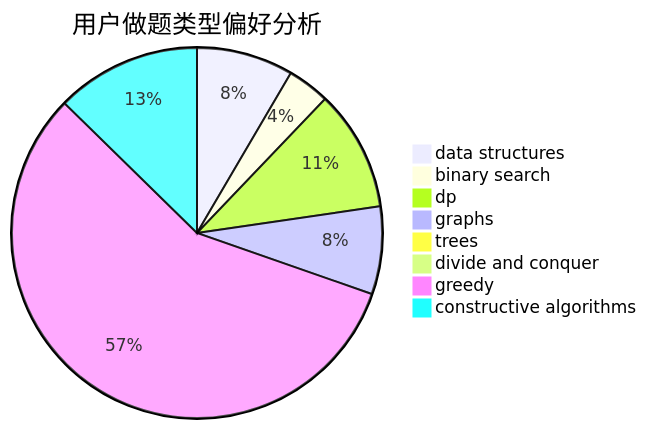
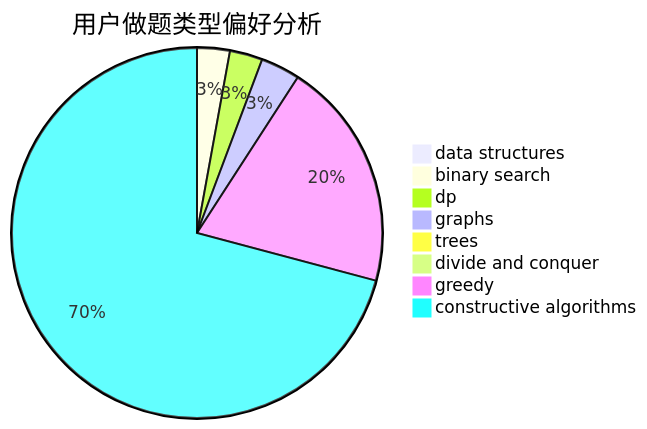
Before and after one commit to sherpahu/cfrs.github.io: the second of 3 diagrams in docs/user/u2603.md, drawn with Mermaid. The commit also changed other lines of this file and 2770 other files, not shown here.

````diff
--- a/docs/user/u2603.md
+++ b/docs/user/u2603.md
@@ -23,11 +23,11 @@
 ```mermaid
 pie title 用户做题类型偏好分析
-    "data structures" :  32
-    "binary search" :  14
-    "dp" :  40
-    "graphs" :  29
-    "trees" :  0
+    "data structures" :  0
+    "binary search" :  10
+    "dp" :  10
+    "graphs" :  12
+    "trees" :  2
     "divide and conquer" :  0
-    "greedy" :  216
-    "constructive algorithms" :  48
+    "greedy" :  70
+    "constructive algorithms" :  248
 ```
````
